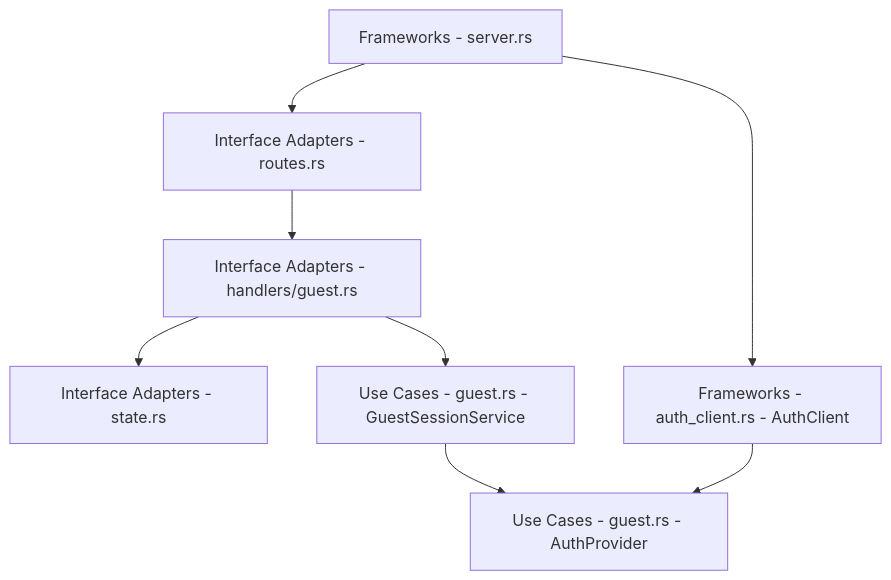
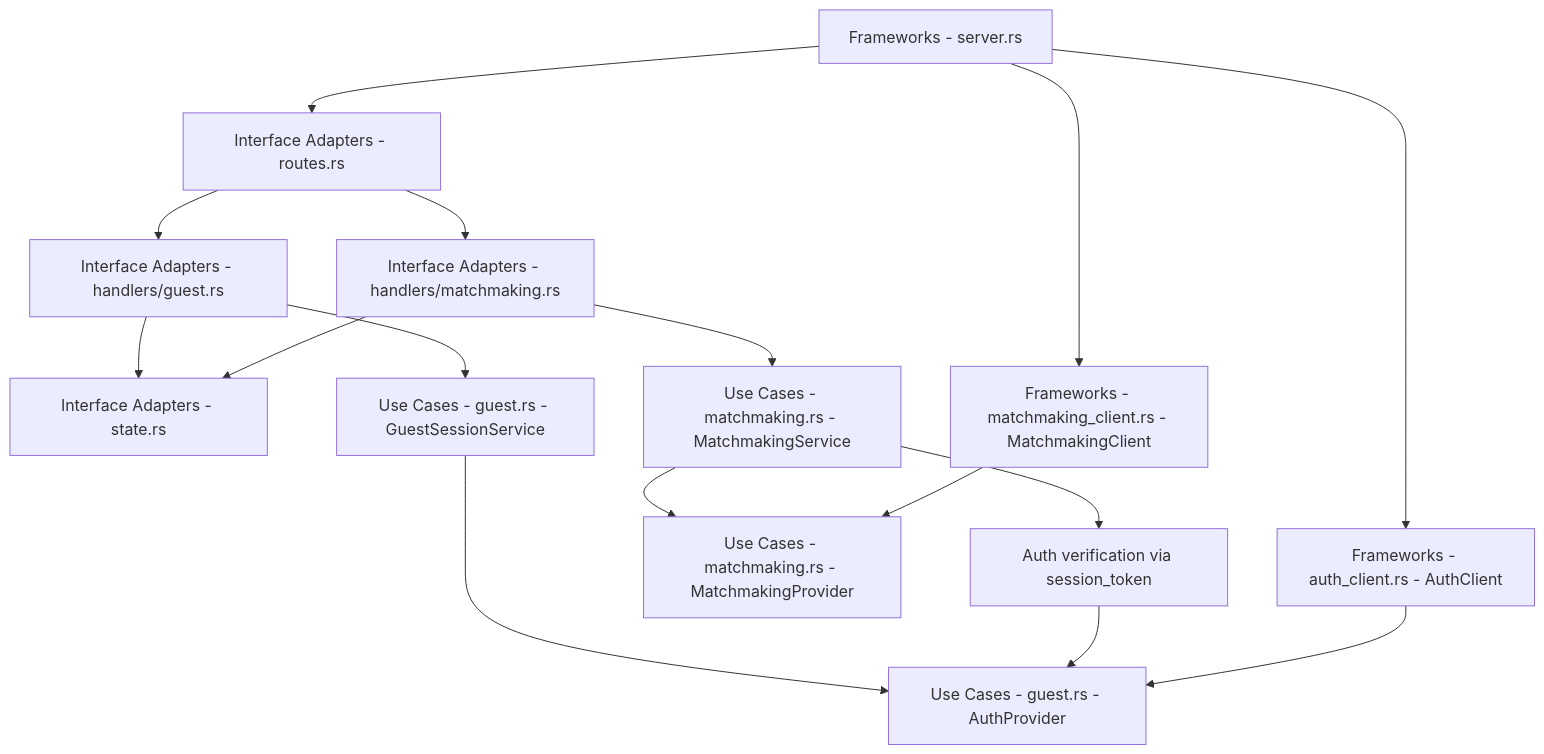
One commit to MantasImb/jet_raiders changed the diagram in head_server/README.md. Above: the diagram before and after it, drawn with Mermaid. The commit also changed other lines of this file and 20 other files, not shown here.

Commit message:
Add authenticated head matchmaking queue entry flow

````diff
--- a/head_server/README.md
+++ b/head_server/README.md
@@ -3,10 +3,18 @@
 ```mermaid
 flowchart TD
     F[Frameworks - server.rs] --> R[Interface Adapters - routes.rs]
     R --> H[Interface Adapters - handlers/guest.rs]
+    R --> M[Interface Adapters - handlers/matchmaking.rs]
     H --> S[Interface Adapters - state.rs]
     H --> U[Use Cases - guest.rs - GuestSessionService]
+    M --> S
+    M --> Q[Use Cases - matchmaking.rs - MatchmakingService]
     U --> P[Use Cases - guest.rs - AuthProvider]
+    Q --> V[Auth verification via session_token]
+    V --> P
+    Q --> P2[Use Cases - matchmaking.rs - MatchmakingProvider]
     F --> C[Frameworks - auth_client.rs - AuthClient]
+    F --> K[Frameworks - matchmaking_client.rs - MatchmakingClient]
     C --> P
+    K --> P2
 ```
````
